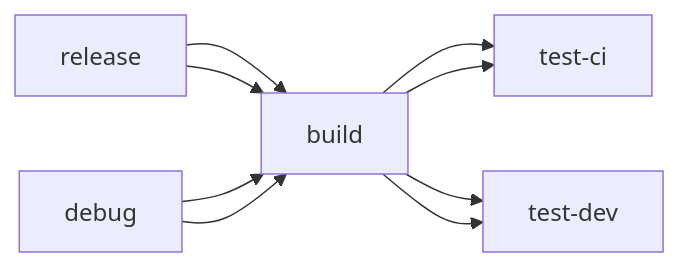
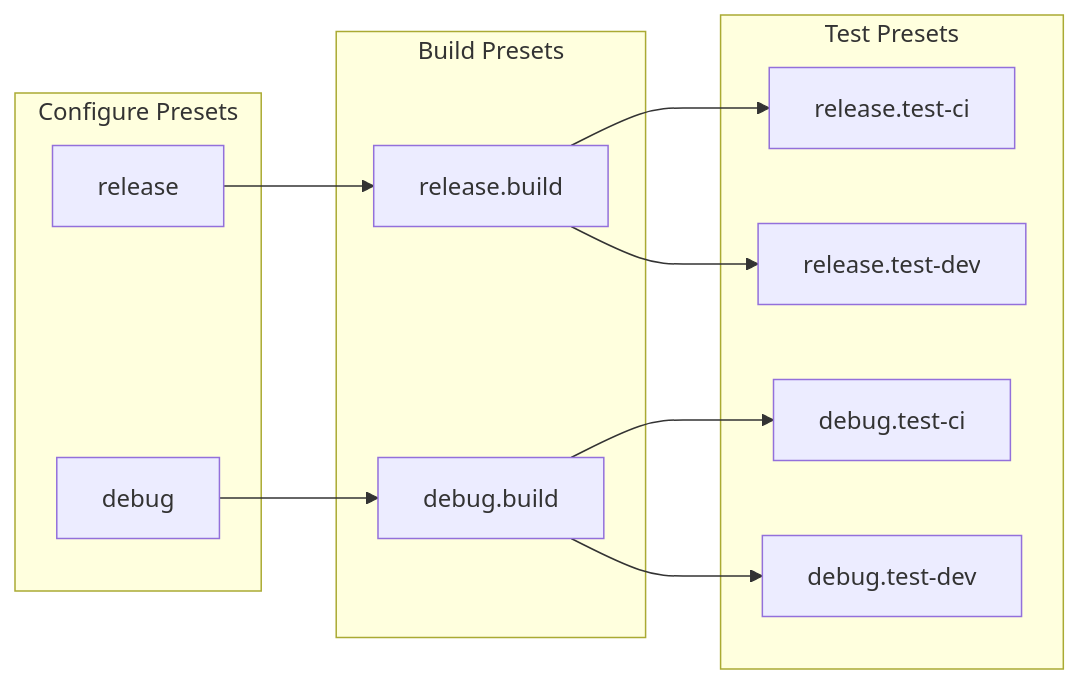
Before and after one commit to brobeson/CMakePresetGenerator: the second of 2 diagrams in docs/design.md, drawn with Mermaid. The commit also changed other lines of this file, not shown here.

````diff
--- a/docs/design.md
+++ b/docs/design.md
@@ -23,7 +29,23 @@
 ```mermaid
 flowchart LR
-  release --> build --> test-ci
-  release --> build --> test-dev
-  debug --> build --> test-ci
-  debug --> build --> test-dev
+  subgraph Configure Presets
+    release
+    debug
+  end
+  subgraph Build Presets
+    release.build
+    debug.build
+  end
+  subgraph Test Presets
+    release.test-ci
+    release.test-dev
+    debug.test-ci
+    debug.test-dev
+  end
+  release --> release.build
+  release.build --> release.test-ci
+  release.build --> release.test-dev
+  debug --> debug.build
+  debug.build --> debug.test-ci
+  debug.build --> debug.test-dev
 ```
````
